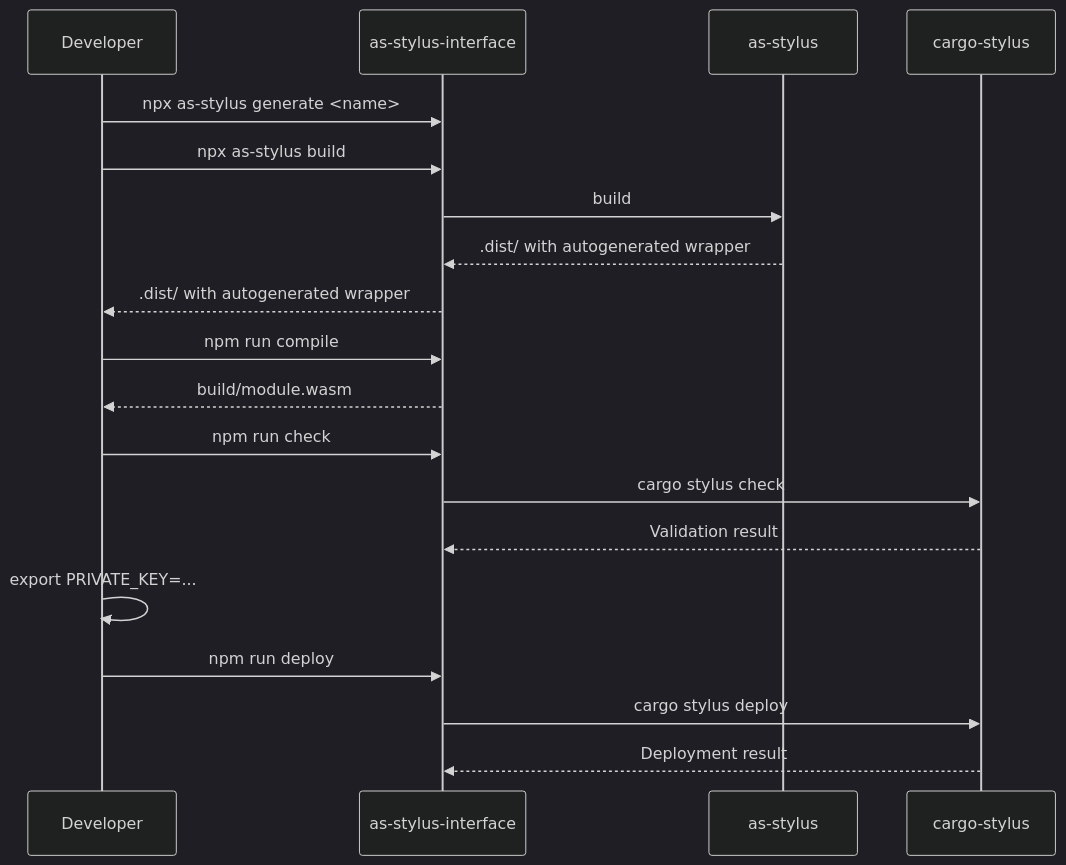
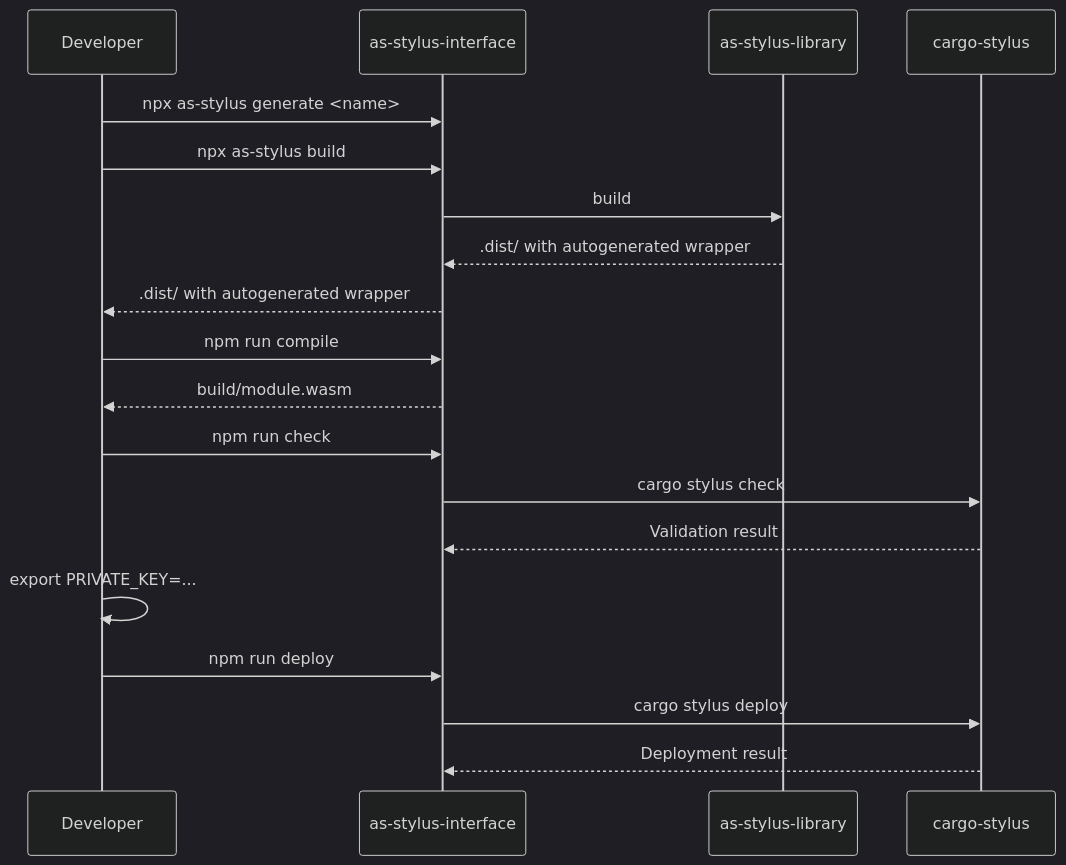
The diagram in packages/docs/feasibility-report.md (wakeuplabs-io/assembly-script-stylus), drawn with Mermaid (dark theme) before and after one commit. The commit also changed other lines of this file and 3 other files, not shown here.

````diff
--- a/packages/docs/feasibility-report.md
+++ b/packages/docs/feasibility-report.md
@@ -119,25 +126,25 @@
 ```mermaid
 sequenceDiagram
     participant Dev as Developer
     participant AsInt as as-stylus-interface
-    participant AsSDK as as-stylus
+    participant AsSDK as as-stylus-library
     participant Stylus as cargo-stylus
 
     Dev->>AsInt: npx as-stylus generate <name>
     Dev->>AsInt: npx as-stylus build
     AsInt->>AsSDK: build
     AsSDK-->>AsInt: .dist/ with autogenerated wrapper
     AsInt-->>Dev: .dist/ with autogenerated wrapper
 
     Dev->>AsInt: npm run compile
     AsInt-->>Dev: build/module.wasm
 
     Dev->>AsInt: npm run check
     AsInt->>Stylus: cargo stylus check
     Stylus-->>AsInt: Validation result
 
     Dev->>Dev: export PRIVATE_KEY=...
     Dev->>AsInt: npm run deploy
     AsInt->>Stylus: cargo stylus deploy
     Stylus-->>AsInt: Deployment result
 ```
````
